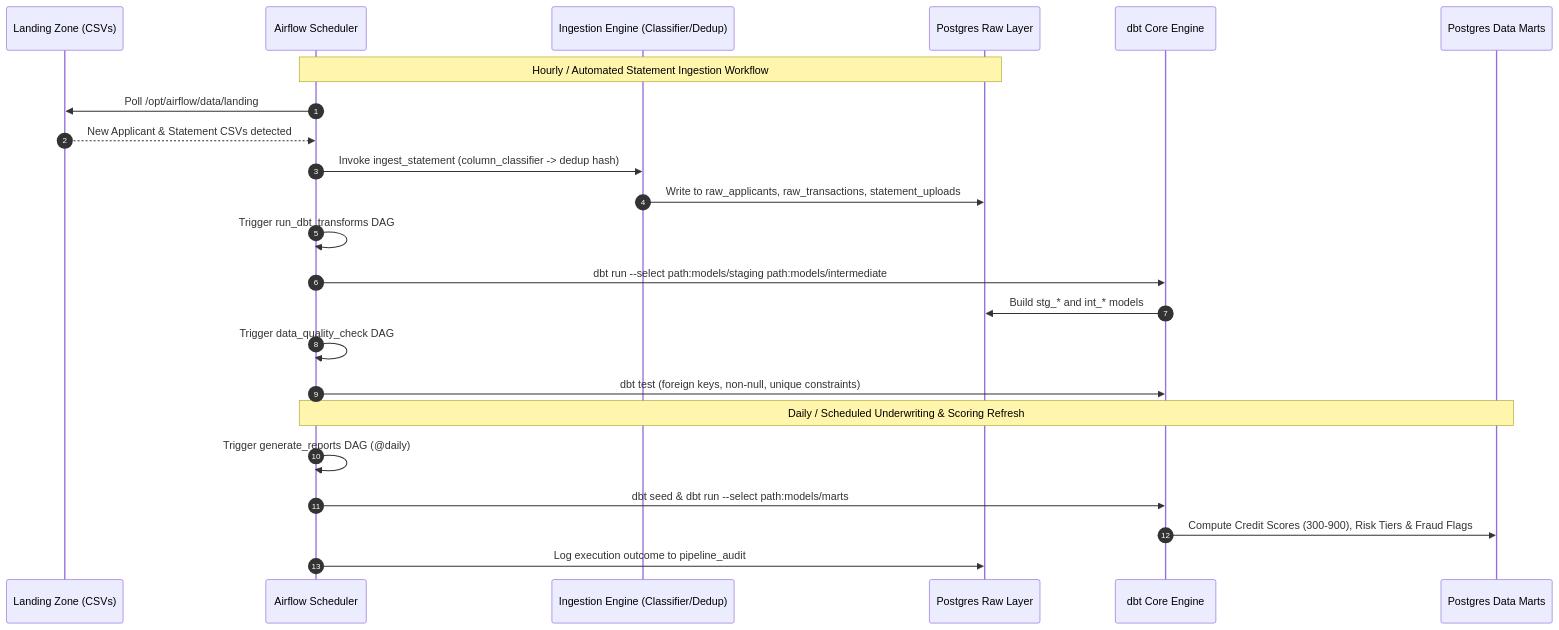
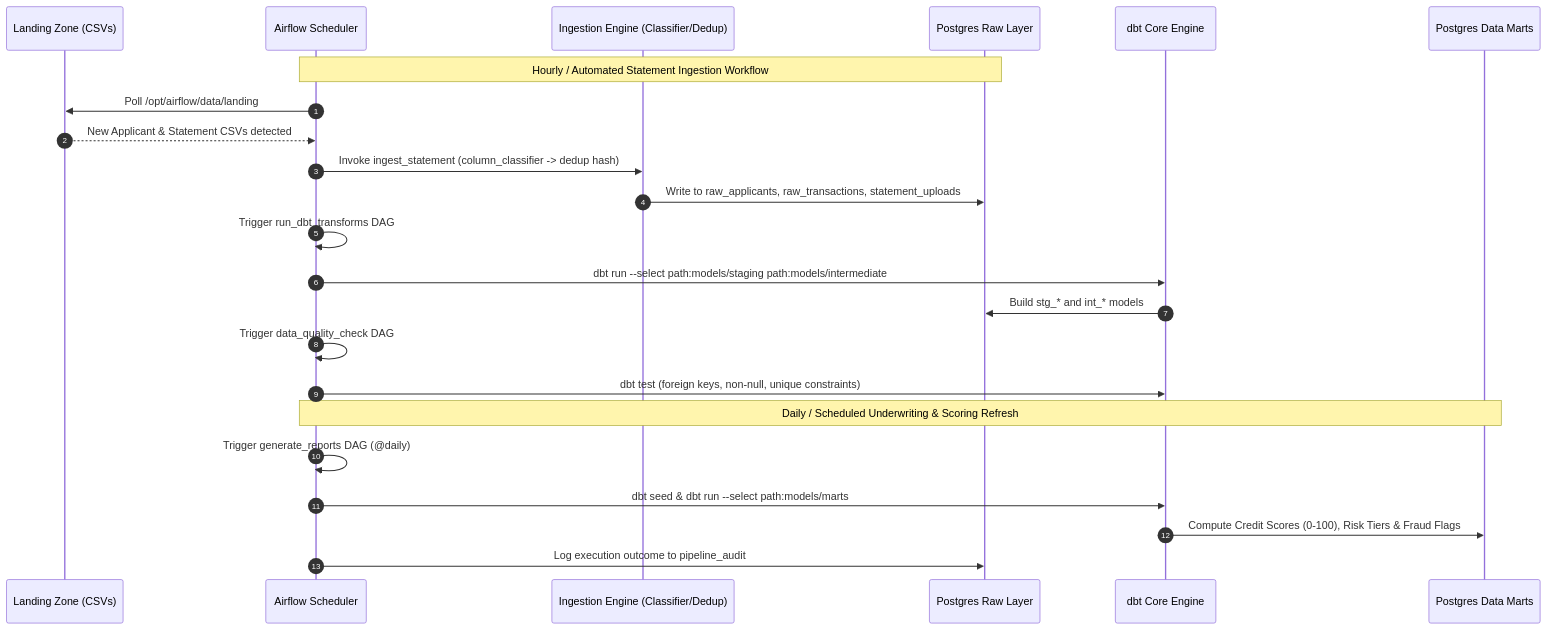
The second of 3 diagrams in ARCHITECTURE.md (supalvasani/LoanLens), drawn with Mermaid before and after one commit. The commit also changed other lines of this file and 21 other files, not shown here.

````diff
--- a/ARCHITECTURE.md
+++ b/ARCHITECTURE.md
@@ -139,27 +139,27 @@
 ```mermaid
 sequenceDiagram
     autonumber
     participant Landing as Landing Zone (CSVs)
     participant Airflow as Airflow Scheduler
     participant Pipeline as Ingestion Engine (Classifier/Dedup)
     participant DB as Postgres Raw Layer
     participant dbt as dbt Core Engine
     participant Marts as Postgres Data Marts
 
     Note over Airflow, DB: Hourly / Automated Statement Ingestion Workflow
     Airflow->>Landing: Poll /opt/airflow/data/landing
     Landing-->>Airflow: New Applicant & Statement CSVs detected
     Airflow->>Pipeline: Invoke ingest_statement (column_classifier -> dedup hash)
     Pipeline->>DB: Write to raw_applicants, raw_transactions, statement_uploads
     Airflow->>Airflow: Trigger run_dbt_transforms DAG
     Airflow->>dbt: dbt run --select path:models/staging path:models/intermediate
     dbt->>DB: Build stg_* and int_* models
     Airflow->>Airflow: Trigger data_quality_check DAG
     Airflow->>dbt: dbt test (foreign keys, non-null, unique constraints)
 
     Note over Airflow, Marts: Daily / Scheduled Underwriting & Scoring Refresh
     Airflow->>Airflow: Trigger generate_reports DAG (@daily)
     Airflow->>dbt: dbt seed & dbt run --select path:models/marts
-    dbt->>Marts: Compute Credit Scores (300-900), Risk Tiers & Fraud Flags
+    dbt->>Marts: Compute Credit Scores (0-100), Risk Tiers & Fraud Flags
     Airflow->>DB: Log execution outcome to pipeline_audit
 ```
````
